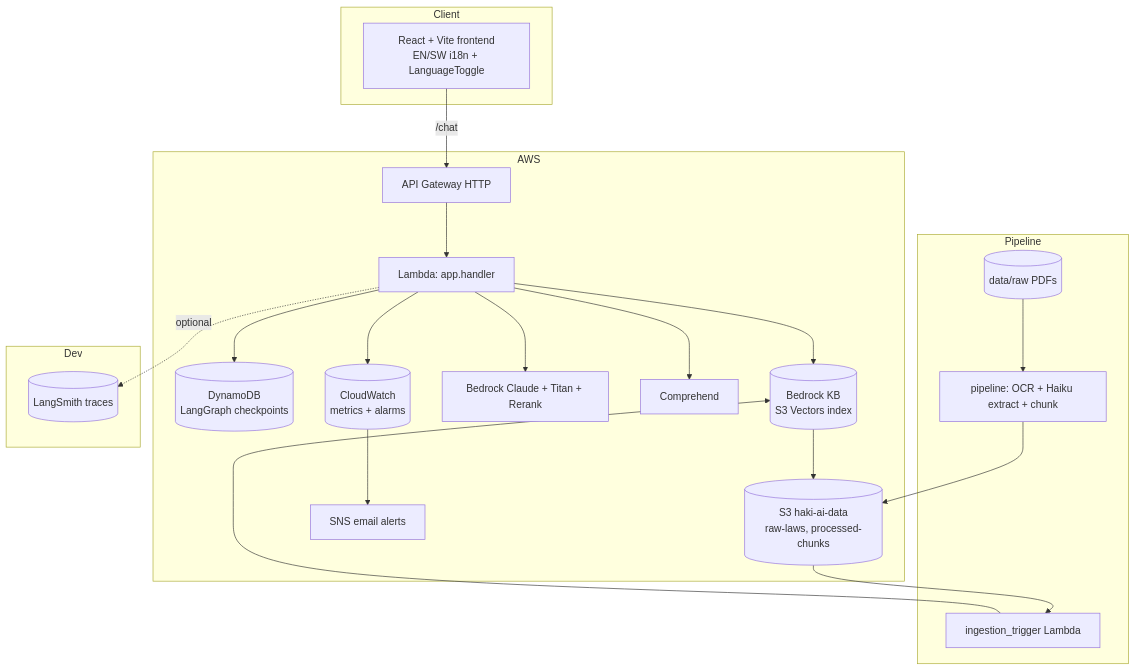
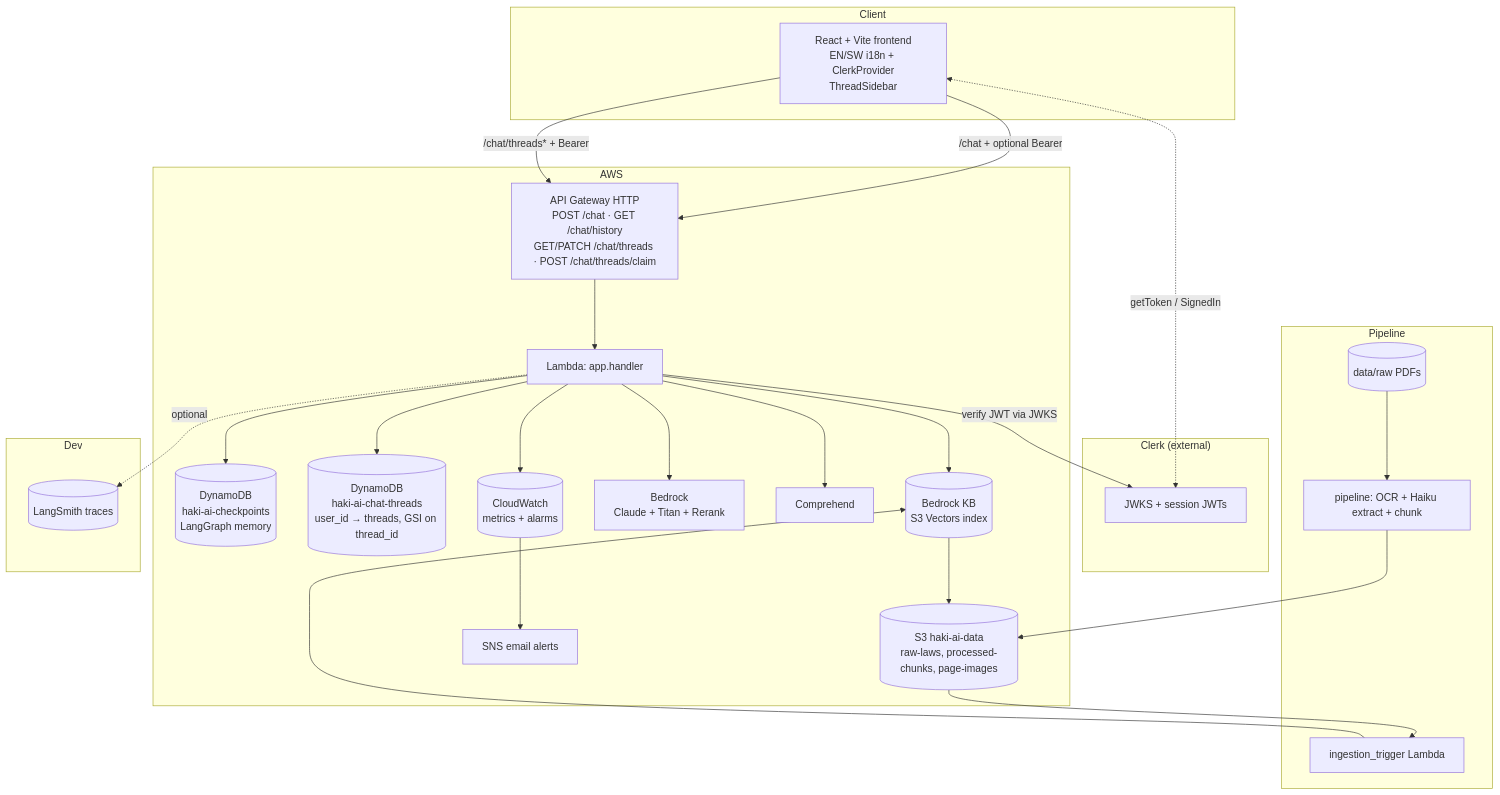
One commit to davenjeru/haki-ai changed the first of 2 diagrams in CLAUDE.md. Above: the diagram before and after it, drawn with Mermaid. The commit also changed other lines of this file and 3 other files, not shown here.

First line of the commit message:
docs: document Clerk auth + per-user thread index end-to-end

````diff
--- a/CLAUDE.md
+++ b/CLAUDE.md
@@ -32,37 +38,47 @@
 ```mermaid
 flowchart TB
   subgraph Client
-    fe[React + Vite frontend<br/>EN/SW i18n + LanguageToggle]
+    fe["React + Vite frontend<br/>EN/SW i18n + ClerkProvider<br/>ThreadSidebar"]
+  end
+
+  subgraph Auth["Clerk (external)"]
+    ck["JWKS + session JWTs"]
   end
 
   subgraph AWS
-    apigw[API Gateway HTTP]
-    lam[Lambda: app.handler]
-    ddb[(DynamoDB<br/>LangGraph checkpoints)]
-    kb[(Bedrock KB<br/>S3 Vectors index)]
-    br[Bedrock Claude + Titan + Rerank]
-    cmp[Comprehend]
-    s3[(S3 haki-ai-data<br/>raw-laws, processed-chunks)]
-    cw[(CloudWatch<br/>metrics + alarms)]
-    sns[SNS email alerts]
+    apigw["API Gateway HTTP<br/>POST /chat · GET /chat/history<br/>GET/PATCH /chat/threads · POST /chat/threads/claim"]
+    lam["Lambda: app.handler"]
+    ckpt[("DynamoDB<br/>haki-ai-checkpoints<br/>LangGraph memory")]
+    th[("DynamoDB<br/>haki-ai-chat-threads<br/>user_id → threads, GSI on thread_id")]
+    kb[("Bedrock KB<br/>S3 Vectors index")]
+    br["Bedrock<br/>Claude + Titan + Rerank"]
+    cmp["Comprehend"]
+    s3[("S3 haki-ai-data<br/>raw-laws, processed-chunks, page-images")]
+    cw[("CloudWatch<br/>metrics + alarms")]
+    sns["SNS email alerts"]
   end
 
-  fe -->|/chat| apigw --> lam
-  lam --> ddb
+  fe <-.->|"getToken / SignedIn"| ck
+  fe -->|/chat + optional Bearer| apigw
+  fe -->|/chat/threads* + Bearer| apigw
+  apigw --> lam
+  lam -->|verify JWT via JWKS| ck
+  lam --> ckpt
+  lam --> th
   lam --> cmp
   lam --> kb --> s3
   lam --> br
   lam --> cw --> sns
 
   subgraph Pipeline
-    raw[(data/raw PDFs)] --> pipe[pipeline: OCR + Haiku extract + chunk]
+    raw[(data/raw PDFs)] --> pipe["pipeline: OCR + Haiku extract + chunk"]
     pipe --> s3
-    s3 --> ing[ingestion_trigger Lambda]
+    s3 --> ing["ingestion_trigger Lambda"]
     ing --> kb
   end
 
   subgraph Dev
-    ls[(LangSmith traces)]
-    lam -.optional.-> ls
+    lsm[(LangSmith traces)]
+    lam -.optional.-> lsm
   end
 ```
````
